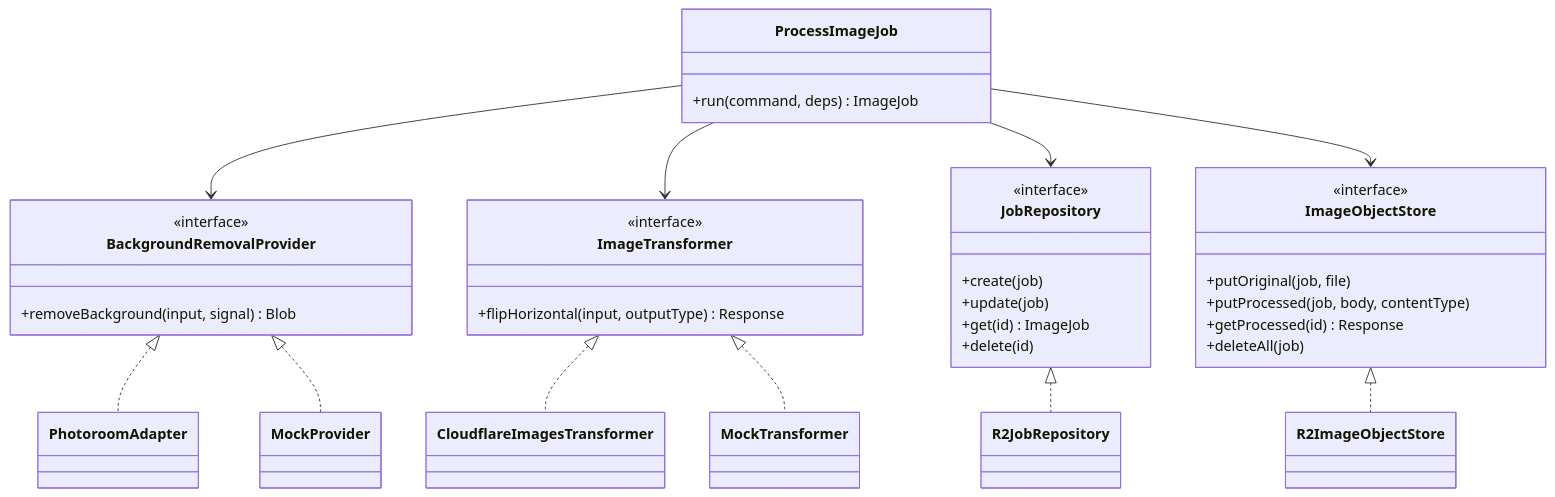
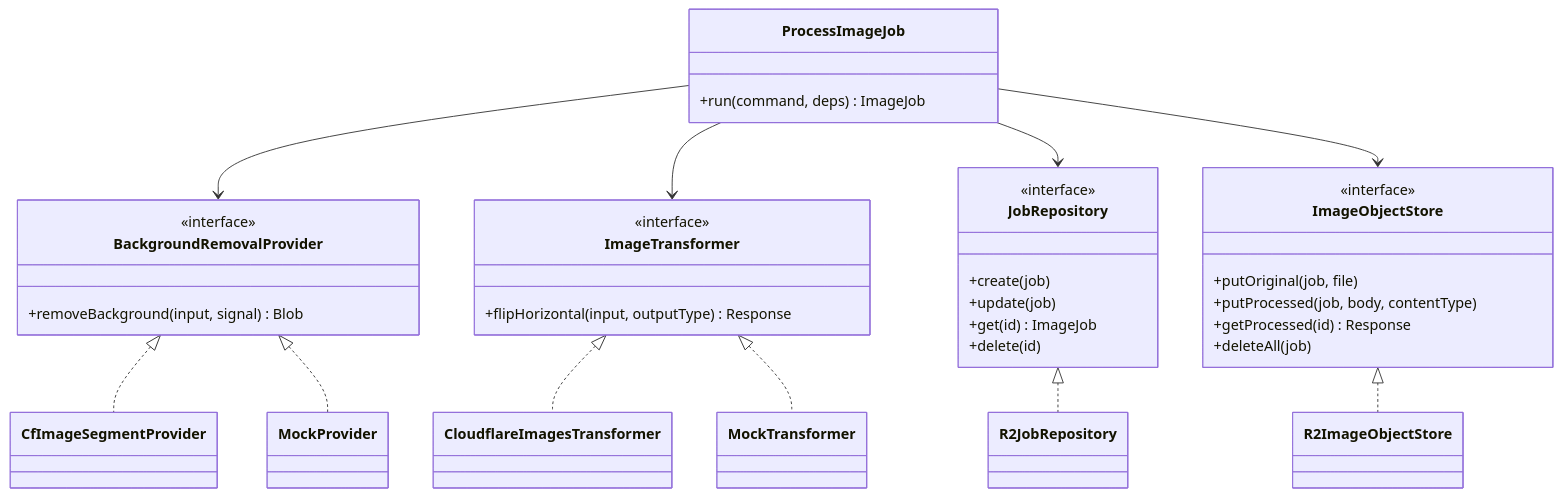
The third of 10 diagrams in docs/architecture.md (ozby/edge-matte), drawn with Mermaid before and after one commit. The commit also changed other lines of this file and 6 other files, not shown here.

````diff
--- a/docs/architecture.md
+++ b/docs/architecture.md
@@ -77,40 +79,40 @@
 ```mermaid
 classDiagram
     class ProcessImageJob {
       +run(command, deps) ImageJob
     }
     class BackgroundRemovalProvider {
       <<interface>>
       +removeBackground(input, signal) Blob
     }
     class ImageTransformer {
       <<interface>>
       +flipHorizontal(input, outputType) Response
     }
     class JobRepository {
       <<interface>>
       +create(job)
       +update(job)
       +get(id) ImageJob
       +delete(id)
     }
     class ImageObjectStore {
       <<interface>>
       +putOriginal(job, file)
       +putProcessed(job, body, contentType)
       +getProcessed(id) Response
       +deleteAll(job)
     }
 
     ProcessImageJob --> BackgroundRemovalProvider
     ProcessImageJob --> ImageTransformer
     ProcessImageJob --> JobRepository
     ProcessImageJob --> ImageObjectStore
 
-    BackgroundRemovalProvider <|.. PhotoroomAdapter
+    BackgroundRemovalProvider <|.. CfImageSegmentProvider
     BackgroundRemovalProvider <|.. MockProvider
     ImageTransformer <|.. CloudflareImagesTransformer
     ImageTransformer <|.. MockTransformer
     JobRepository <|.. R2JobRepository
     ImageObjectStore <|.. R2ImageObjectStore
 ```
````
